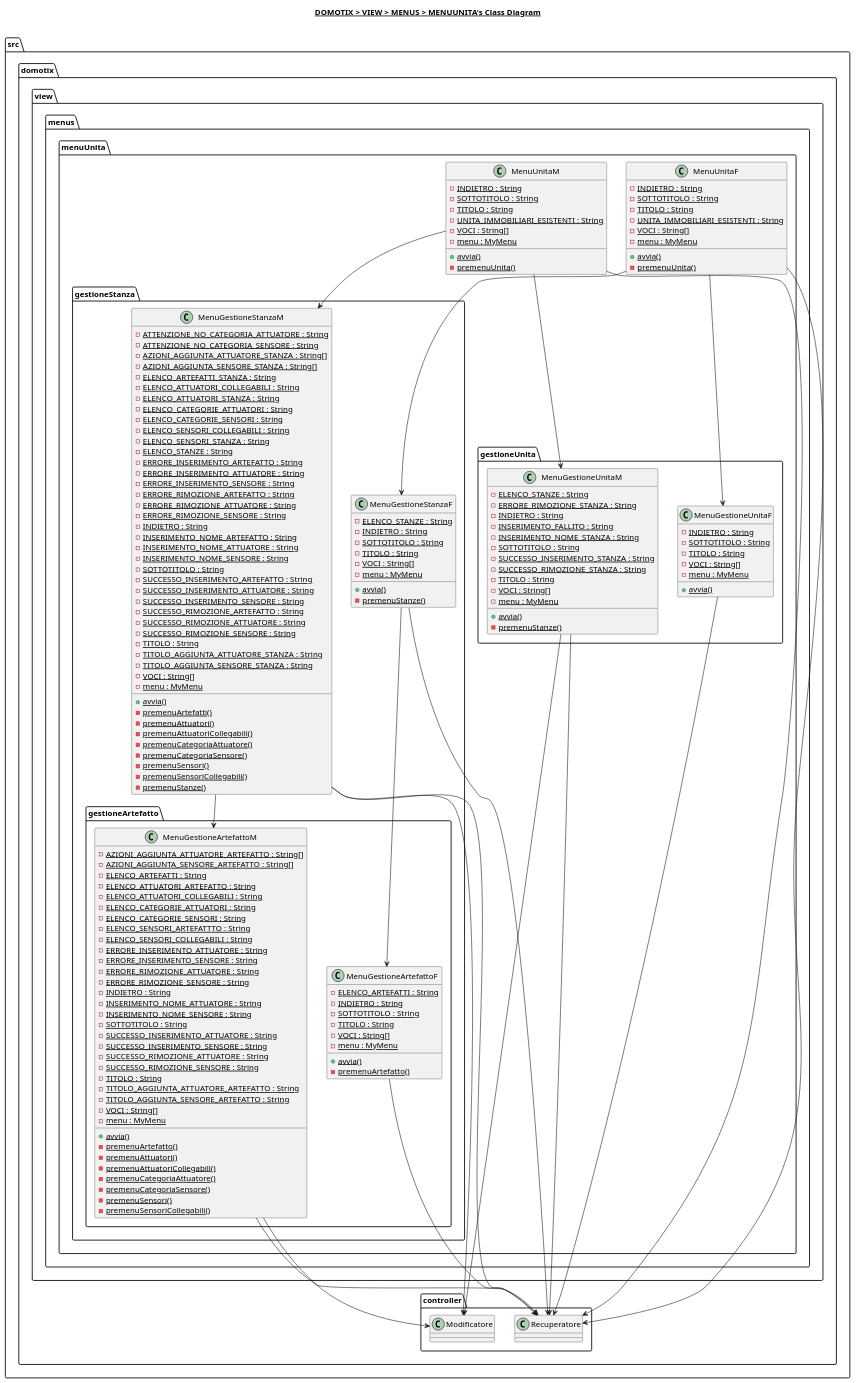
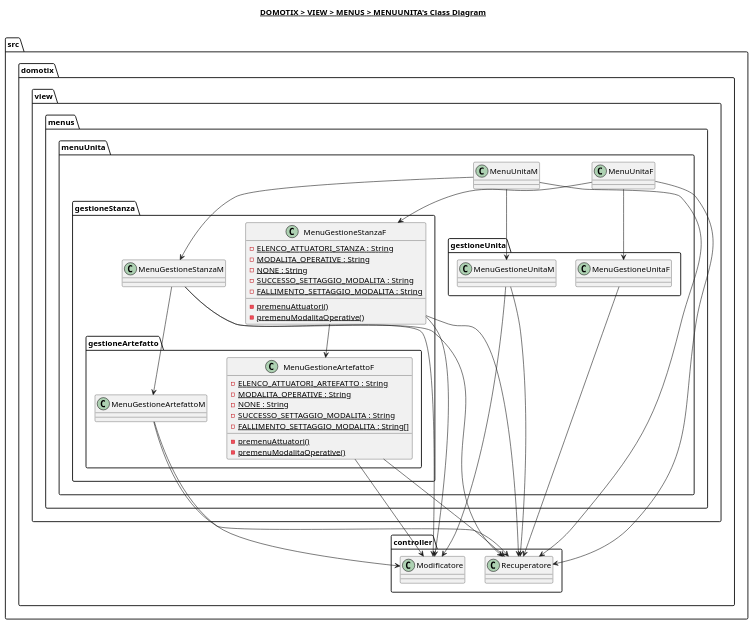
Before and after one commit to Edoar-do/Domotix: the diagram in src/domotix/view/menus/menuUnita/menuUnita.plantuml, drawn with PlantUML. The commit also changed 29 other files, not shown here.

Commit message:
Aggiusta la documentazione sui diagrammi

```diff
--- a/src/domotix/view/menus/menuUnita/menuUnita.plantuml
+++ b/src/domotix/view/menus/menuUnita/menuUnita.plantuml
@@ -1,184 +1,72 @@
 @startuml
 
 title __DOMOTIX > VIEW > MENUS > MENUUNITA's Class Diagram__\n
 
 namespace src.domotix.view.menus.menuUnita {
     class src.domotix.view.menus.menuUnita.MenuUnitaF {
-        {static} - INDIETRO : String
-        {static} - SOTTOTITOLO : String
-        {static} - TITOLO : String
-        {static} - UNITA_IMMOBILIARI_ESISTENTI : String
-        {static} - VOCI : String[]
-        {static} - menu : MyMenu
-        {static} + avvia()
-        {static} - premenuUnita()
     }
 
     class src.domotix.view.menus.menuUnita.MenuUnitaM {
-        {static} - INDIETRO : String
-        {static} - SOTTOTITOLO : String
-        {static} - TITOLO : String
-        {static} - UNITA_IMMOBILIARI_ESISTENTI : String
-        {static} - VOCI : String[]
-        {static} - menu : MyMenu
-        {static} + avvia()
-        {static} - premenuUnita()
     }
 
     namespace gestioneUnita {
         class src.domotix.view.menus.menuUnita.gestioneUnita.MenuGestioneUnitaF {
-            {static} - INDIETRO : String
-            {static} - SOTTOTITOLO : String
-            {static} - TITOLO : String
-            {static} - VOCI : String[]
-            {static} - menu : MyMenu
-            {static} + avvia()
         }
 
         class src.domotix.view.menus.menuUnita.gestioneUnita.MenuGestioneUnitaM {
-            {static} - ELENCO_STANZE : String
-            {static} - ERRORE_RIMOZIONE_STANZA : String
-            {static} - INDIETRO : String
-            {static} - INSERIMENTO_FALLITO : String
-            {static} - INSERIMENTO_NOME_STANZA : String
-            {static} - SOTTOTITOLO : String
-            {static} - SUCCESSO_INSERIMENTO_STANZA : String
-            {static} - SUCCESSO_RIMOZIONE_STANZA : String
-            {static} - TITOLO : String
-            {static} - VOCI : String[]
-            {static} - menu : MyMenu
-            {static} + avvia()
-            {static} - premenuStanze()
         }
     }
 
     namespace gestioneStanza {
         class src.domotix.view.menus.menuUnita.gestioneStanza.MenuGestioneStanzaF {
-            {static} - ELENCO_STANZE : String
-            {static} - INDIETRO : String
-            {static} - SOTTOTITOLO : String
-            {static} - TITOLO : String
-            {static} - VOCI : String[]
-            {static} - menu : MyMenu
-            {static} + avvia()
-            {static} - premenuStanze()
+            {static} - ELENCO_ATTUATORI_STANZA : String
+            {static} - MODALITA_OPERATIVE : String
+            {static} - NONE : String
+            {static} - SUCCESSO_SETTAGGIO_MODALITA : String
+            {static} - FALLIMENTO_SETTAGGIO_MODALITA : String
+            {static} - premenuAttuatori()
+            {static} - premenuModalitaOperative()
         }
 
         class src.domotix.view.menus.menuUnita.gestioneStanza.MenuGestioneStanzaM {
-            {static} - ATTENZIONE_NO_CATEGORIA_ATTUATORE : String
-            {static} - ATTENZIONE_NO_CATEGORIA_SENSORE : String
-            {static} - AZIONI_AGGIUNTA_ATTUATORE_STANZA : String[]
-            {static} - AZIONI_AGGIUNTA_SENSORE_STANZA : String[]
-            {static} - ELENCO_ARTEFATTI_STANZA : String
-            {static} - ELENCO_ATTUATORI_COLLEGABILI : String
-            {static} - ELENCO_ATTUATORI_STANZA : String
-            {static} - ELENCO_CATEGORIE_ATTUATORI : String
-            {static} - ELENCO_CATEGORIE_SENSORI : String
-            {static} - ELENCO_SENSORI_COLLEGABILI : String
-            {static} - ELENCO_SENSORI_STANZA : String
-            {static} - ELENCO_STANZE : String
-            {static} - ERRORE_INSERIMENTO_ARTEFATTO : String
-            {static} - ERRORE_INSERIMENTO_ATTUATORE : String
-            {static} - ERRORE_INSERIMENTO_SENSORE : String
-            {static} - ERRORE_RIMOZIONE_ARTEFATTO : String
-            {static} - ERRORE_RIMOZIONE_ATTUATORE : String
-            {static} - ERRORE_RIMOZIONE_SENSORE : String
-            {static} - INDIETRO : String
-            {static} - INSERIMENTO_NOME_ARTEFATTO : String
-            {static} - INSERIMENTO_NOME_ATTUATORE : String
-            {static} - INSERIMENTO_NOME_SENSORE : String
-            {static} - SOTTOTITOLO : String
-            {static} - SUCCESSO_INSERIMENTO_ARTEFATTO : String
-            {static} - SUCCESSO_INSERIMENTO_ATTUATORE : String
-            {static} - SUCCESSO_INSERIMENTO_SENSORE : String
-            {static} - SUCCESSO_RIMOZIONE_ARTEFATTO : String
-            {static} - SUCCESSO_RIMOZIONE_ATTUATORE : String
-            {static} - SUCCESSO_RIMOZIONE_SENSORE : String
-            {static} - TITOLO : String
-            {static} - TITOLO_AGGIUNTA_ATTUATORE_STANZA : String
-            {static} - TITOLO_AGGIUNTA_SENSORE_STANZA : String
-            {static} - VOCI : String[]
-            {static} - menu : MyMenu
-            {static} + avvia()
-            {static} - premenuArtefatti()
-            {static} - premenuAttuatori()
-            {static} - premenuAttuatoriCollegabili()
-            {static} - premenuCategoriaAttuatore()
-            {static} - premenuCategoriaSensore()
-            {static} - premenuSensori()
-            {static} - premenuSensoriCollegabili()
-            {static} - premenuStanze()
         }
 
         namespace gestioneArtefatto {
             class src.domotix.view.menus.menuUnita.gestioneStanza.gestioneArtefatto.MenuGestioneArtefattoF {
-                {static} - ELENCO_ARTEFATTI : String
-                {static} - INDIETRO : String
-                {static} - SOTTOTITOLO : String
-                {static} - TITOLO : String
-                {static} - VOCI : String[]
-                {static} - menu : MyMenu
-                {static} + avvia()
-                {static} - premenuArtefatto()
+                {static} - ELENCO_ATTUATORI_ARTEFATTO : String
+                {static} - MODALITA_OPERATIVE : String
+                {static} - NONE : String
+                {static} - SUCCESSO_SETTAGGIO_MODALITA : String
+                {static} - FALLIMENTO_SETTAGGIO_MODALITA : String[]
+                {static} - premenuAttuatori()
+                {static} - premenuModalitaOperative()
             }
 
             class src.domotix.view.menus.menuUnita.gestioneStanza.gestioneArtefatto.MenuGestioneArtefattoM {
-                {static} - AZIONI_AGGIUNTA_ATTUATORE_ARTEFATTO : String[]
-                {static} - AZIONI_AGGIUNTA_SENSORE_ARTEFATTO : String[]
-                {static} - ELENCO_ARTEFATTI : String
-                {static} - ELENCO_ATTUATORI_ARTEFATTO : String
-                {static} - ELENCO_ATTUATORI_COLLEGABILI : String
-                {static} - ELENCO_CATEGORIE_ATTUATORI : String
-                {static} - ELENCO_CATEGORIE_SENSORI : String
-                {static} - ELENCO_SENSORI_ARTEFATTTO : String
-                {static} - ELENCO_SENSORI_COLLEGABILI : String
-                {static} - ERRORE_INSERIMENTO_ATTUATORE : String
-                {static} - ERRORE_INSERIMENTO_SENSORE : String
-                {static} - ERRORE_RIMOZIONE_ATTUATORE : String
-                {static} - ERRORE_RIMOZIONE_SENSORE : String
-                {static} - INDIETRO : String
-                {static} - INSERIMENTO_NOME_ATTUATORE : String
-                {static} - INSERIMENTO_NOME_SENSORE : String
-                {static} - SOTTOTITOLO : String
-                {static} - SUCCESSO_INSERIMENTO_ATTUATORE : String
-                {static} - SUCCESSO_INSERIMENTO_SENSORE : String
-                {static} - SUCCESSO_RIMOZIONE_ATTUATORE : String
-                {static} - SUCCESSO_RIMOZIONE_SENSORE : String
-                {static} - TITOLO : String
-                {static} - TITOLO_AGGIUNTA_ATTUATORE_ARTEFATTO : String
-                {static} - TITOLO_AGGIUNTA_SENSORE_ARTEFATTO : String
-                {static} - VOCI : String[]
-                {static} - menu : MyMenu
-                {static} + avvia()
-                {static} - premenuArtefatto()
-                {static} - premenuAttuatori()
-                {static} - premenuAttuatoriCollegabili()
-                {static} - premenuCategoriaAttuatore()
-                {static} - premenuCategoriaSensore()
-                {static} - premenuSensori()
-                {static} - premenuSensoriCollegabili()
             }
         }
     }
 }
 
 src.domotix.view.menus.menuUnita.MenuUnitaM --> src.domotix.view.menus.menuUnita.gestioneUnita.MenuGestioneUnitaM
 src.domotix.view.menus.menuUnita.MenuUnitaM --> src.domotix.view.menus.menuUnita.gestioneStanza.MenuGestioneStanzaM
 src.domotix.view.menus.menuUnita.gestioneStanza.MenuGestioneStanzaM --> src.domotix.view.menus.menuUnita.gestioneStanza.gestioneArtefatto.MenuGestioneArtefattoM
 src.domotix.view.menus.menuUnita.MenuUnitaF --> src.domotix.view.menus.menuUnita.gestioneUnita.MenuGestioneUnitaF
 src.domotix.view.menus.menuUnita.MenuUnitaF --> src.domotix.view.menus.menuUnita.gestioneStanza.MenuGestioneStanzaF
 src.domotix.view.menus.menuUnita.gestioneStanza.MenuGestioneStanzaF --> src.domotix.view.menus.menuUnita.gestioneStanza.gestioneArtefatto.MenuGestioneArtefattoF
 
 src.domotix.view.menus.menuUnita.MenuUnitaM --> src.domotix.controller.Recuperatore
 src.domotix.view.menus.menuUnita.MenuUnitaF --> src.domotix.controller.Recuperatore
 src.domotix.view.menus.menuUnita.gestioneUnita.MenuGestioneUnitaM --> src.domotix.controller.Modificatore
 src.domotix.view.menus.menuUnita.gestioneUnita.MenuGestioneUnitaM --> src.domotix.controller.Recuperatore
 src.domotix.view.menus.menuUnita.gestioneUnita.MenuGestioneUnitaF --> src.domotix.controller.Recuperatore
 src.domotix.view.menus.menuUnita.gestioneStanza.MenuGestioneStanzaM --> src.domotix.controller.Modificatore
 src.domotix.view.menus.menuUnita.gestioneStanza.MenuGestioneStanzaM --> src.domotix.controller.Recuperatore
 src.domotix.view.menus.menuUnita.gestioneStanza.MenuGestioneStanzaF --> src.domotix.controller.Recuperatore
+src.domotix.view.menus.menuUnita.gestioneStanza.MenuGestioneStanzaF --> src.domotix.controller.Modificatore
 src.domotix.view.menus.menuUnita.gestioneStanza.gestioneArtefatto.MenuGestioneArtefattoM --> src.domotix.controller.Modificatore
 src.domotix.view.menus.menuUnita.gestioneStanza.gestioneArtefatto.MenuGestioneArtefattoM --> src.domotix.controller.Recuperatore
 src.domotix.view.menus.menuUnita.gestioneStanza.gestioneArtefatto.MenuGestioneArtefattoF --> src.domotix.controller.Recuperatore
+src.domotix.view.menus.menuUnita.gestioneStanza.gestioneArtefatto.MenuGestioneArtefattoF --> src.domotix.controller.Modificatore
 
 @enduml
```
